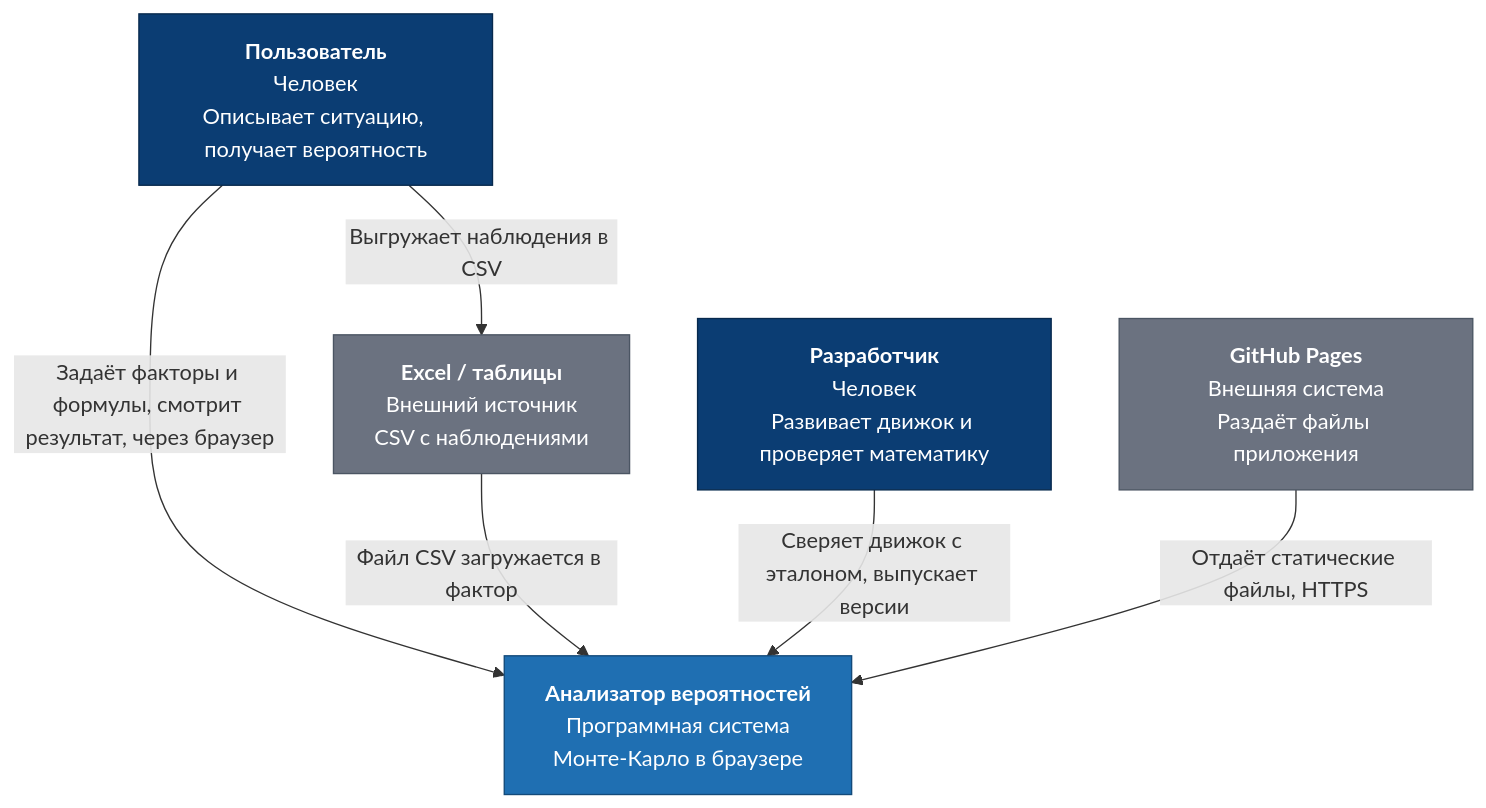
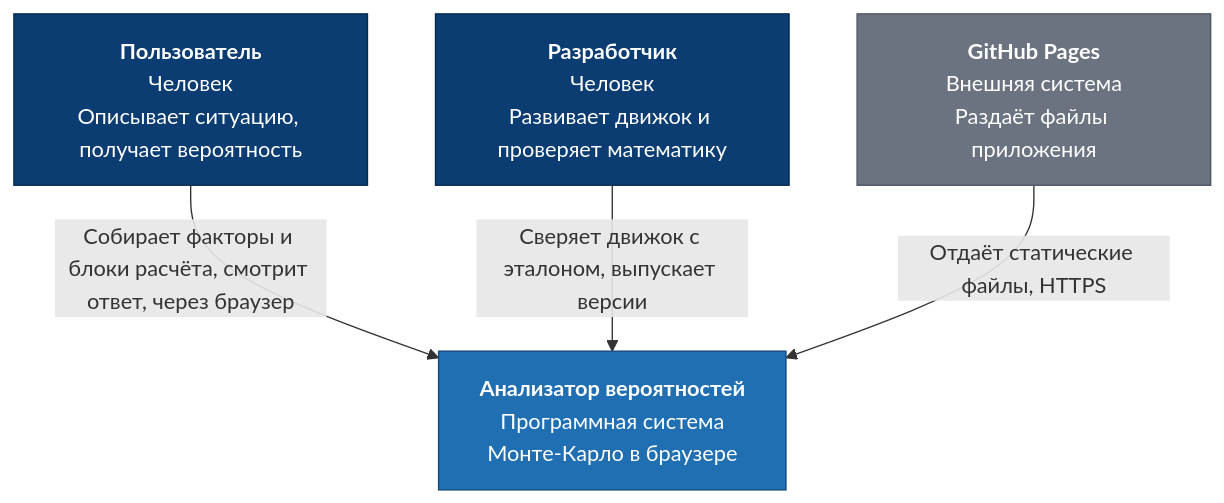
One commit to maksim-121/probability-analyzer changed the first of 3 diagrams in docs/архитектура.md. Above: the diagram before and after it, drawn with Mermaid. The commit also changed other lines of this file and 13 other files, not shown here.

````diff
--- a/docs/архитектура.md
+++ b/docs/архитектура.md
@@ -9,21 +9,18 @@
 ```mermaid
 flowchart TB
     user["<b>Пользователь</b><br/>Человек<br/>Описывает ситуацию, получает вероятность"]
     dev["<b>Разработчик</b><br/>Человек<br/>Развивает движок и проверяет математику"]
     app["<b>Анализатор вероятностей</b><br/>Программная система<br/>Монте-Карло в браузере"]
-    excel["<b>Excel / таблицы</b><br/>Внешний источник<br/>CSV с наблюдениями"]
     pages["<b>GitHub Pages</b><br/>Внешняя система<br/>Раздаёт файлы приложения"]
 
-    user -->|"Задаёт факторы и формулы, смотрит результат, через браузер"| app
-    user -->|"Выгружает наблюдения в CSV"| excel
-    excel -->|"Файл CSV загружается в фактор"| app
+    user -->|"Собирает факторы и блоки расчёта, смотрит ответ, через браузер"| app
     dev -->|"Сверяет движок с эталоном, выпускает версии"| app
     pages -->|"Отдаёт статические файлы, HTTPS"| app
 
     classDef person fill:#0b3d73,stroke:#07294d,color:#ffffff
     classDef system fill:#1f6fb2,stroke:#134a7a,color:#ffffff
     classDef external fill:#6b7280,stroke:#4b5563,color:#ffffff
     class user,dev person
     class app system
-    class excel,pages external
+    class pages external
 ```
````
